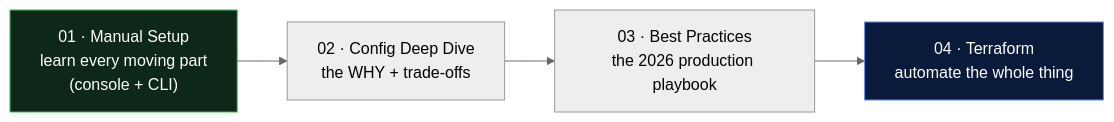
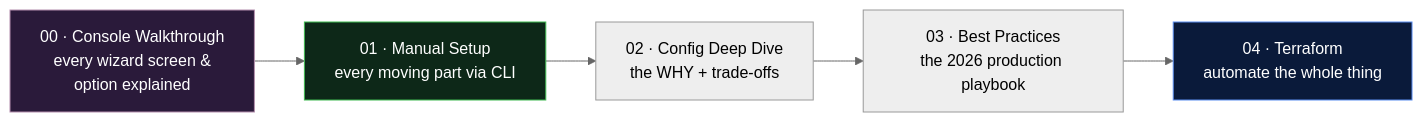
Before and after one commit to siva9800/learn-k8s: the diagram in day11-eks/eks-cluster-creation/README.md, drawn with Mermaid (neutral theme). The commit also changed other lines of this file and 8 other files, not shown here.

First line of the commit message:
Add AWS Console EKS walkthrough; align new EKS/secrets notes to house style (no emoji, no em-dashes)

````diff
--- a/day11-eks/eks-cluster-creation/README.md
+++ b/day11-eks/eks-cluster-creation/README.md
@@ -9,8 +9,10 @@
 ```mermaid
 flowchart LR
-    A["01 · Manual Setup<br/>learn every moving part<br/>(console + CLI)"] --> B["02 · Config Deep Dive<br/>the WHY + trade-offs"]
+    Z["00 · Console Walkthrough<br/>every wizard screen &<br/>option explained"] --> A["01 · Manual Setup<br/>every moving part via CLI"]
+    A --> B["02 · Config Deep Dive<br/>the WHY + trade-offs"]
     B --> C["03 · Best Practices<br/>the 2026 production playbook"]
     C --> D["04 · Terraform<br/>automate the whole thing"]
+    style Z fill:#2a1a3a,stroke:#b48ead,color:#fff
     style A fill:#0d2818,stroke:#3fb950,color:#fff
     style D fill:#0a1a3a,stroke:#5b8def,color:#fff
 ```
````
